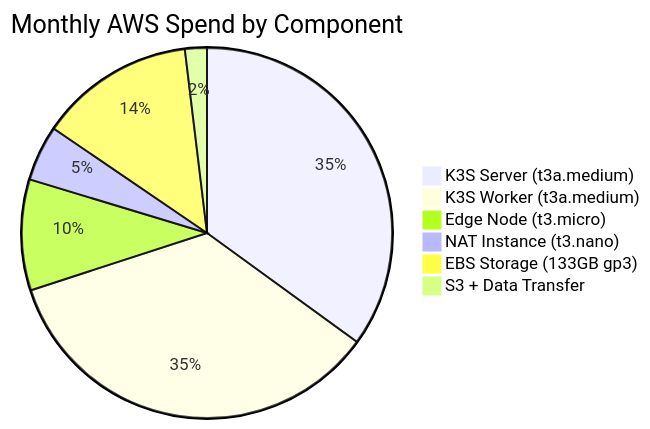
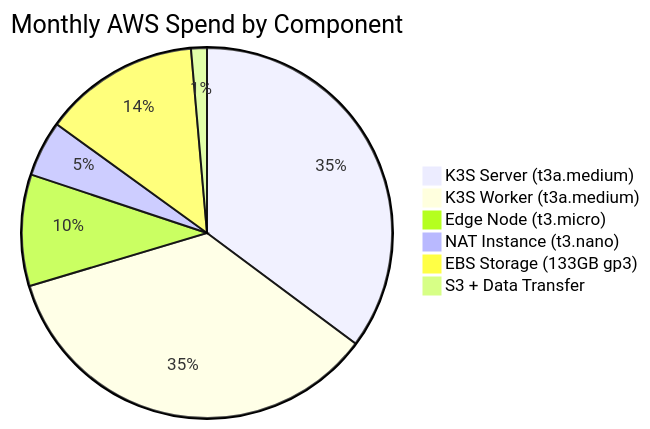
One commit to ClementV78/CloudRadar changed the tenth of 10 diagrams in docs/architecture/technical-architecture-summary.md. Above: the diagram before and after it, drawn with Mermaid. The commit also changed other lines of this file and 1 other file, not shown here.

First line of the commit message:
docs(architecture): align technical architecture docs

````diff
--- a/docs/architecture/technical-architecture-summary.md
+++ b/docs/architecture/technical-architecture-summary.md
@@ -518,10 +494,10 @@
 ```mermaid
 pie
     title Monthly AWS Spend by Component
     "K3S Server (t3a.medium)" : 27.45
     "K3S Worker (t3a.medium)" : 27.45
     "Edge Node (t3.micro)" : 7.59
     "NAT Instance (t3.nano)" : 3.80
     "EBS Storage (133GB gp3)" : 10.64
-    "S3 + Data Transfer" : 1.50
+    "S3 + Data Transfer" : 1.08
 ```
````
